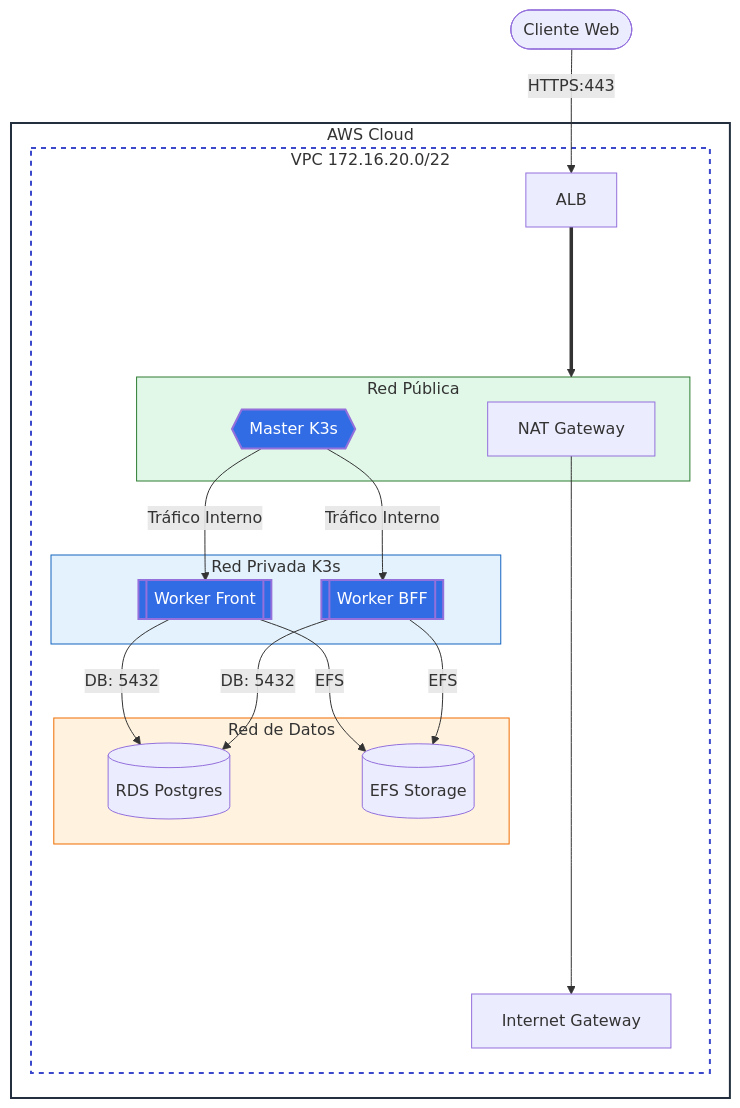
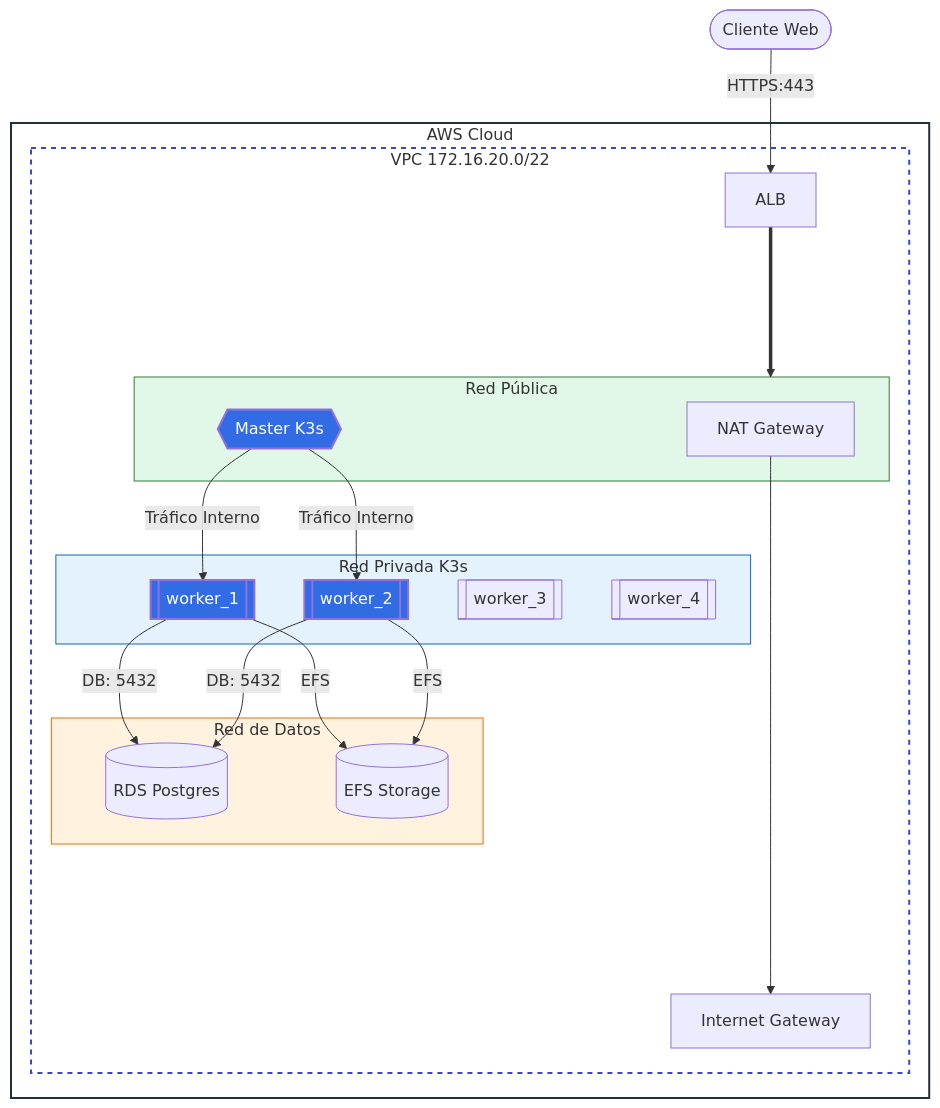
Before and after one commit to jquinterov-ITM/Proyecto-D-Una---InfraEstructura-con-Terraform: the diagram in Docs/diagrama.mmd, drawn with Mermaid. The commit also changed 3 other files, not shown here.

```diff
--- a/Docs/diagrama.mmd
+++ b/Docs/diagrama.mmd
@@ -1,40 +1,42 @@
 flowchart TB
     classDef cloud fill:#fff,stroke:#232F3E,stroke-width:2px;
     classDef vpc fill:#fff,stroke:#3B48CC,stroke-width:2px,stroke-dasharray: 5 5;
     classDef pub fill:#e1f8e9,stroke:#2e7d32,stroke-width:1px;
     classDef priv fill:#e3f2fd,stroke:#1565c0,stroke-width:1px;
     classDef db fill:#fff3e0,stroke:#ef6c00,stroke-width:1px;
     classDef k3s fill:#326ce5,color:#fff,stroke-width:2px;
 
     Cliente([Cliente Web]) -- "HTTPS:443" --> ALB
 
     subgraph AWS ["AWS Cloud"]
         subgraph VPC ["VPC 172.16.20.0/22"]
             ALB[ALB]
             subgraph PUB1 [Red Pública]
                 NAT1[NAT Gateway]
                 M1{{Master K3s}}
             end
             subgraph PRIV1 [Red Privada K3s]
-                W1[[Worker Front]]
-                W2[[Worker BFF]]
+                W1[[worker_1]]
+                W2[[worker_2]]
+                W3[[worker_3]]
+                W4[[worker_4]]
             end
             subgraph DB_SUB1 [Red de Datos]
                 RDS[(RDS Postgres)]
                 EFS[(EFS Storage)]
             end
             IGW[Internet Gateway]
         end
     end
 
     ALB ====> PUB1
     NAT1 ------> IGW
     M1 -- "Tráfico Interno" --> W1 & W2
     W1 -- "DB: 5432" --> RDS
     W2 -- "DB: 5432" --> RDS
     W1 -- "EFS" --> EFS
     W2 -- "EFS" --> EFS
 
     class AWS cloud; class VPC vpc;
     class PUB1 pub; class PRIV1 priv; class DB_SUB1 db;
     class M1,W1,W2 k3s;
```
